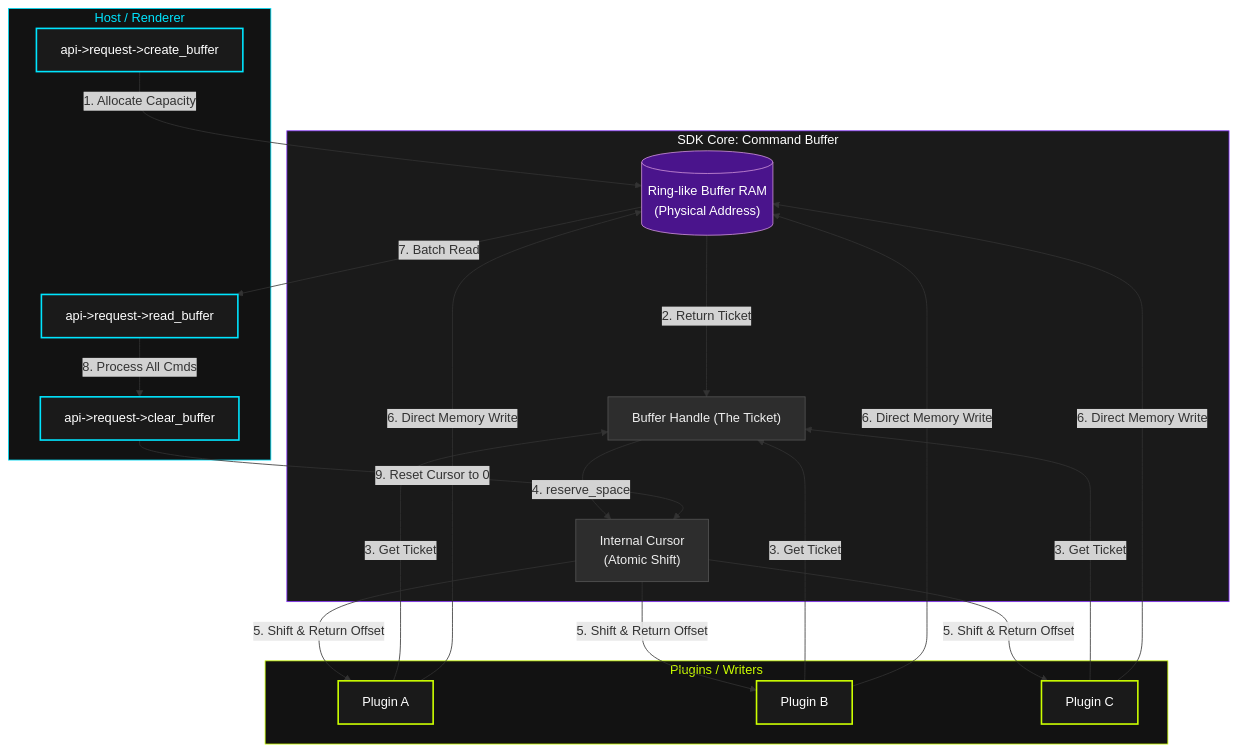
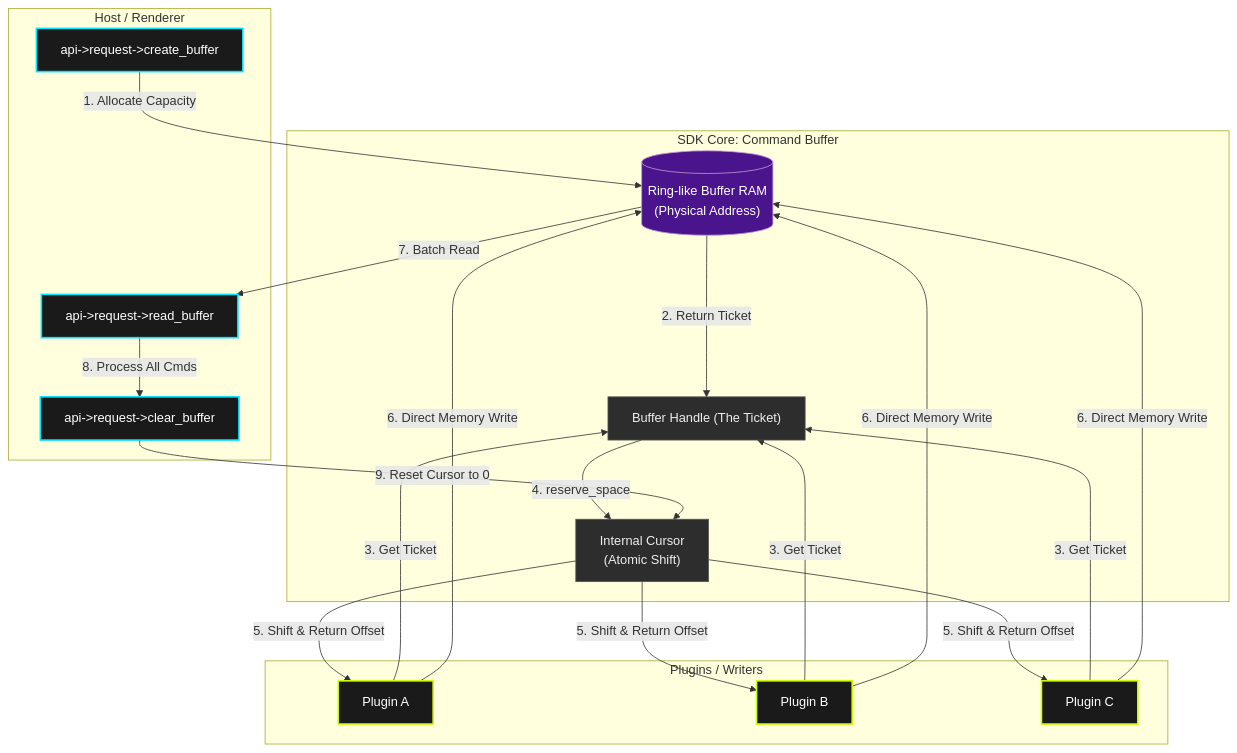
The fourth of 4 diagrams in README.md (btcorporated-a11y/weon-sdk), drawn with Mermaid before and after one commit. The commit also changed other lines of this file and 31 other files, not shown here.

First line of the commit message:
refactor: full SDK internationalization and architecture cleanup

````diff
--- a/README.md
+++ b/README.md
@@ -114,50 +114,41 @@
 ```mermaid
 graph TD
-    %% Общие стили
     classDef default fill:#2d2d2d,stroke:#555,color:#eeeeee;
     classDef host fill:#1a1a1a,stroke:#00e5ff,stroke-width:2px,color:#ffffff;
     classDef client fill:#1a1a1a,stroke:#ccff00,stroke-width:2px,color:#ffffff;
     classDef memory fill:#4a148c,stroke:#ce93d8,color:#ffffff;
 
     subgraph Host_Space [Host / Renderer]
         Create[api->request->create_buffer]
         Read[api->request->read_buffer]
         Clear[api->request->clear_buffer]
     end
 
     subgraph Core_Bus [SDK Core: Command Buffer]
         Handle["Buffer Handle (The Ticket)"]
         Buffer[("Ring-like Buffer RAM<br/>(Physical Address)")]
         Cursor["Internal Cursor<br/>(Atomic Shift)"]
     end
 
     subgraph Clients [Plugins / Writers]
         P1[Plugin A]
         P2[Plugin B]
         P3[Plugin C]
     end
 
-    %% Flow: Creation
     Create -->|1. Allocate Capacity| Buffer
     Buffer -->|2. Return Ticket| Handle
 
-    %% Flow: Writing
     P1 & P2 & P3 -->|3. Get Ticket| Handle
     Handle -->|4. reserve_space| Cursor
     Cursor -->|5. Shift & Return Offset| P1 & P2 & P3
     P1 & P2 & P3 -->|6. Direct Memory Write| Buffer
 
-    %% Flow: Consumption
     Buffer -->|7. Batch Read| Read
     Read -->|8. Process All Cmds| Clear
     Clear -->|9. Reset Cursor to 0| Cursor
 
-    %% Стилизация
     class Create,Read,Clear host;
     class P1,P2,P3 client;
     class Buffer memory;
-    
-    style Host_Space fill:#121212,color:#00e5ff,stroke:#00e5ff
-    style Clients fill:#121212,color:#ccff00,stroke:#ccff00
-    style Core_Bus fill:#1a1a1a,color:#ffffff,stroke:#8833ff
 ```
````
